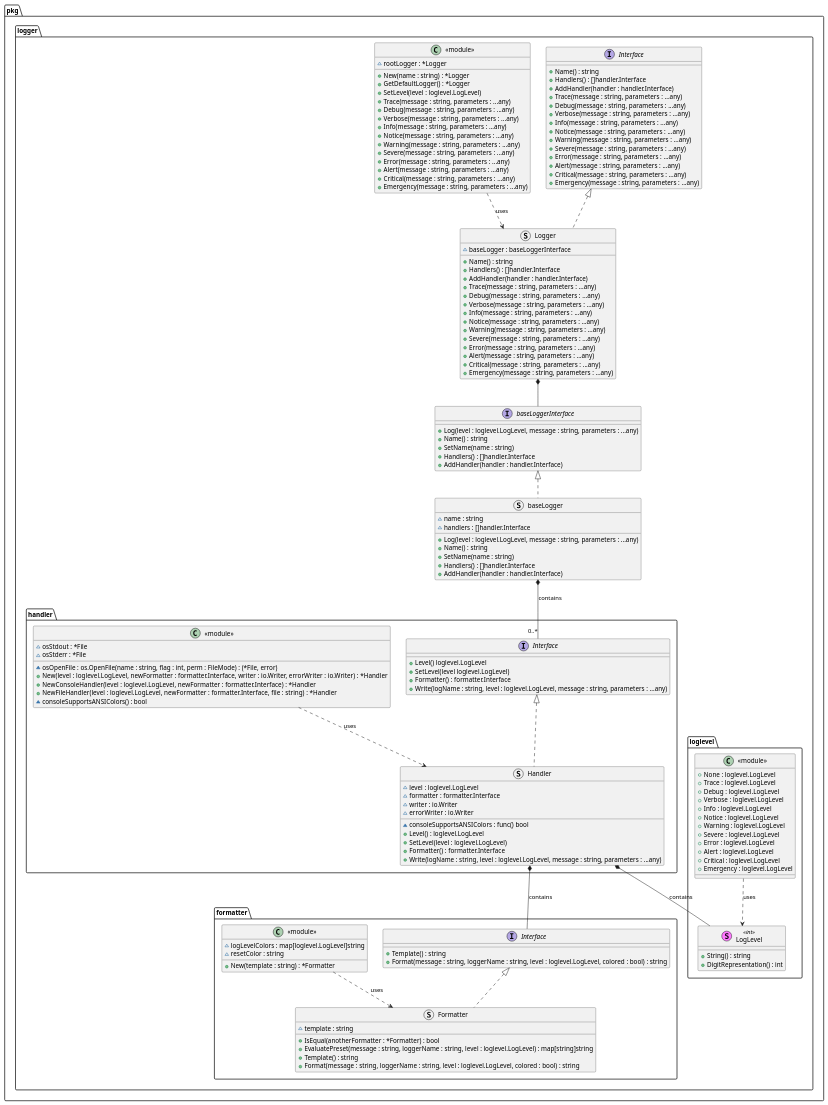
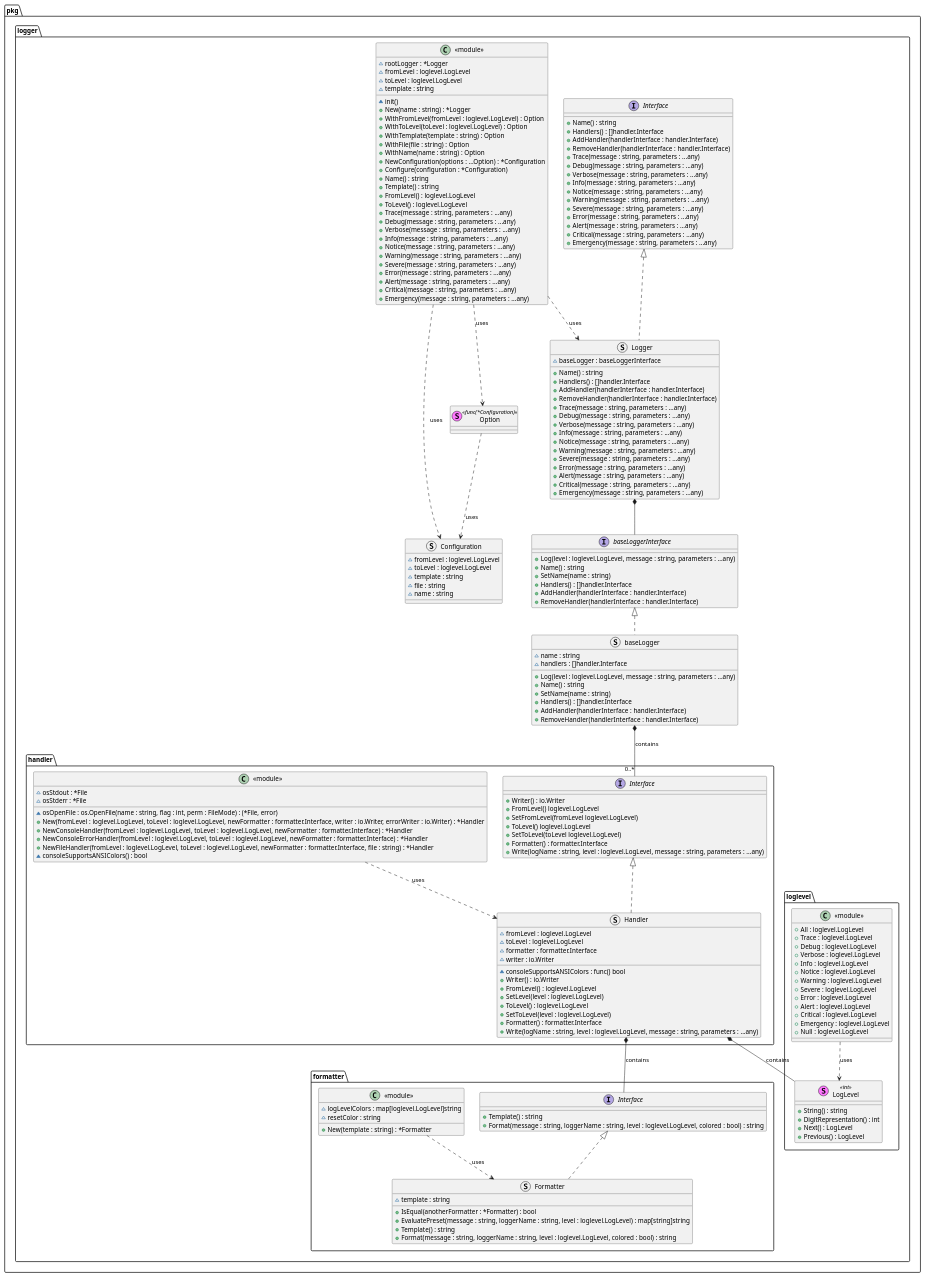
One commit to dl1998/go-logging changed the diagram in docs/architecture/diagrams/plantuml/class_diagram.plantuml. Above: the diagram before and after it, drawn with PlantUML. The commit also changed 2 other files, not shown here.

Commit message:
Update class diagram

```diff
--- a/docs/architecture/diagrams/plantuml/class_diagram.plantuml
+++ b/docs/architecture/diagrams/plantuml/class_diagram.plantuml
@@ -1,154 +1,192 @@
 @startuml
 top to bottom direction
 
 package pkg.logger {
     package formatter {
         interface Interface {
             + Template() : string
             + Format(message : string, loggerName : string, level : loglevel.LogLevel, colored : bool) : string
         }
 
         struct Formatter implements Interface {
             ~ template : string
             + IsEqual(anotherFormatter : *Formatter) : bool
             + EvaluatePreset(message : string, loggerName : string, level : loglevel.LogLevel) : map[string]string
             + Template() : string
             + Format(message : string, loggerName : string, level : loglevel.LogLevel, colored : bool) : string
         }
 
         class "<<module>>" {
             ~ logLevelColors : map[loglevel.LogLevel]string
             ~ resetColor : string
             + New(template : string) : *Formatter
         }
 
         "<<module>>" ..> Formatter : uses
     }
     package handler {
         interface Interface {
-            + Level() loglevel.LogLevel
-            + SetLevel(level loglevel.LogLevel)
+            + Writer() : io.Writer
+            + FromLevel() loglevel.LogLevel
+            + SetFromLevel(fromLevel loglevel.LogLevel)
+            + ToLevel() loglevel.LogLevel
+            + SetToLevel(toLevel loglevel.LogLevel)
             + Formatter() : formatter.Interface
             + Write(logName : string, level : loglevel.LogLevel, message : string, parameters : ...any)
         }
         struct Handler implements Interface {
-            ~ level : loglevel.LogLevel
+            ~ fromLevel : loglevel.LogLevel
+            ~ toLevel : loglevel.LogLevel
             ~ formatter : formatter.Interface
             ~ writer : io.Writer
-            ~ errorWriter : io.Writer
             ~ consoleSupportsANSIColors : func() bool
-            + Level() : loglevel.LogLevel
+            + Writer() : io.Writer
+            + FromLevel() : loglevel.LogLevel
             + SetLevel(level : loglevel.LogLevel)
+            + ToLevel() : loglevel.LogLevel
+            + SetToLevel(level : loglevel.LogLevel)
             + Formatter() : formatter.Interface
             + Write(logName : string, level : loglevel.LogLevel, message : string, parameters : ...any)
         }
         class "<<module>>" {
             ~ osOpenFile : os.OpenFile(name : string, flag : int, perm : FileMode) : (*File, error)
             ~ osStdout : *File
             ~ osStderr : *File
-            + New(level : loglevel.LogLevel, newFormatter : formatter.Interface, writer : io.Writer, errorWriter : io.Writer) : *Handler
-            + NewConsoleHandler(level : loglevel.LogLevel, newFormatter : formatter.Interface) : *Handler
-            + NewFileHandler(level : loglevel.LogLevel, newFormatter : formatter.Interface, file : string) : *Handler
+            + New(fromLevel : loglevel.LogLevel, toLevel : loglevel.LogLevel, newFormatter : formatter.Interface, writer : io.Writer, errorWriter : io.Writer) : *Handler
+            + NewConsoleHandler(fromLevel : loglevel.LogLevel, toLevel : loglevel.LogLevel, newFormatter : formatter.Interface) : *Handler
+            + NewConsoleErrorHandler(fromLevel : loglevel.LogLevel, toLevel : loglevel.LogLevel, newFormatter : formatter.Interface) : *Handler
+            + NewFileHandler(fromLevel : loglevel.LogLevel, toLevel : loglevel.LogLevel, newFormatter : formatter.Interface, file : string) : *Handler
             ~ consoleSupportsANSIColors() : bool
         }
 
         "<<module>>" ..> Handler : uses
     }
     package loglevel {
         stereotype LogLevel <<int>> {
             + String() : string
             + DigitRepresentation() : int
+            + Next() : LogLevel
+            + Previous() : LogLevel
         }
         class "<<module>>" {
-            + None : loglevel.LogLevel
+            + All : loglevel.LogLevel
             + Trace : loglevel.LogLevel
             + Debug : loglevel.LogLevel
             + Verbose : loglevel.LogLevel
             + Info : loglevel.LogLevel
             + Notice : loglevel.LogLevel
             + Warning : loglevel.LogLevel
             + Severe : loglevel.LogLevel
             + Error : loglevel.LogLevel
             + Alert : loglevel.LogLevel
             + Critical : loglevel.LogLevel
             + Emergency : loglevel.LogLevel
+            + Null : loglevel.LogLevel
         }
         "<<module>>" ..> LogLevel : uses
     }
     interface baseLoggerInterface {
         + Log(level : loglevel.LogLevel, message : string, parameters : ...any)
         + Name() : string
         + SetName(name : string)
         + Handlers() : []handler.Interface
-        + AddHandler(handler : handler.Interface)
+        + AddHandler(handlerInterface : handler.Interface)
+        + RemoveHandler(handlerInterface : handler.Interface)
     }
     struct baseLogger implements baseLoggerInterface {
         ~ name : string
         ~ handlers : []handler.Interface
         + Log(level : loglevel.LogLevel, message : string, parameters : ...any)
         + Name() : string
         + SetName(name : string)
         + Handlers() : []handler.Interface
-        + AddHandler(handler : handler.Interface)
+        + AddHandler(handlerInterface : handler.Interface)
+        + RemoveHandler(handlerInterface : handler.Interface)
     }
     interface Interface {
         + Name() : string
         + Handlers() : []handler.Interface
-        + AddHandler(handler : handler.Interface)
+        + AddHandler(handlerInterface : handler.Interface)
+        + RemoveHandler(handlerInterface : handler.Interface)
         + Trace(message : string, parameters : ...any)
         + Debug(message : string, parameters : ...any)
         + Verbose(message : string, parameters : ...any)
         + Info(message : string, parameters : ...any)
         + Notice(message : string, parameters : ...any)
         + Warning(message : string, parameters : ...any)
         + Severe(message : string, parameters : ...any)
         + Error(message : string, parameters : ...any)
         + Alert(message : string, parameters : ...any)
         + Critical(message : string, parameters : ...any)
         + Emergency(message : string, parameters : ...any)
     }
     struct Logger implements Interface {
         ~ baseLogger : baseLoggerInterface
         + Name() : string
         + Handlers() : []handler.Interface
-        + AddHandler(handler : handler.Interface)
+        + AddHandler(handlerInterface : handler.Interface)
+        + RemoveHandler(handlerInterface : handler.Interface)
         + Trace(message : string, parameters : ...any)
         + Debug(message : string, parameters : ...any)
         + Verbose(message : string, parameters : ...any)
         + Info(message : string, parameters : ...any)
         + Notice(message : string, parameters : ...any)
         + Warning(message : string, parameters : ...any)
         + Severe(message : string, parameters : ...any)
         + Error(message : string, parameters : ...any)
         + Alert(message : string, parameters : ...any)
         + Critical(message : string, parameters : ...any)
         + Emergency(message : string, parameters : ...any)
     }
+    struct Configuration {
+        ~ fromLevel : loglevel.LogLevel
+        ~ toLevel : loglevel.LogLevel
+        ~ template : string
+        ~ file : string
+        ~ name : string
+    }
+    stereotype Option <<func(*Configuration)>> {}
     class "<<module>>" {
         ~ rootLogger : *Logger
+        ~ fromLevel : loglevel.LogLevel
+        ~ toLevel : loglevel.LogLevel
+        ~ template : string
+        ~ init()
         + New(name : string) : *Logger
-        + GetDefaultLogger() : *Logger
-        + SetLevel(level : loglevel.LogLevel)
+        + WithFromLevel(fromLevel : loglevel.LogLevel) : Option
+        + WithToLevel(toLevel : loglevel.LogLevel) : Option
+        + WithTemplate(template : string) : Option
+        + WithFile(file : string) : Option
+        + WithName(name : string) : Option
+        + NewConfiguration(options : ...Option) : *Configuration
+        + Configure(configuration : *Configuration)
+        + Name() : string
+        + Template() : string
+        + FromLevel() : loglevel.LogLevel
+        + ToLevel() : loglevel.LogLevel
         + Trace(message : string, parameters : ...any)
         + Debug(message : string, parameters : ...any)
         + Verbose(message : string, parameters : ...any)
         + Info(message : string, parameters : ...any)
         + Notice(message : string, parameters : ...any)
         + Warning(message : string, parameters : ...any)
         + Severe(message : string, parameters : ...any)
         + Error(message : string, parameters : ...any)
         + Alert(message : string, parameters : ...any)
         + Critical(message : string, parameters : ...any)
         + Emergency(message : string, parameters : ...any)
     }
 
     Logger *-- baseLoggerInterface
     "<<module>>" ..> Logger : uses
+    "<<module>>" ..> Option : uses
+    "<<module>>" ..> Configuration : uses
+    Option ..> Configuration : uses
 }
 
 pkg.logger.handler.Handler *-- pkg.logger.loglevel.LogLevel : contains
 pkg.logger.handler.Handler *-- pkg.logger.formatter.Interface : contains
 pkg.logger.baseLogger *-- "0..*" pkg.logger.handler.Interface : contains
 
 
 @enduml
```
